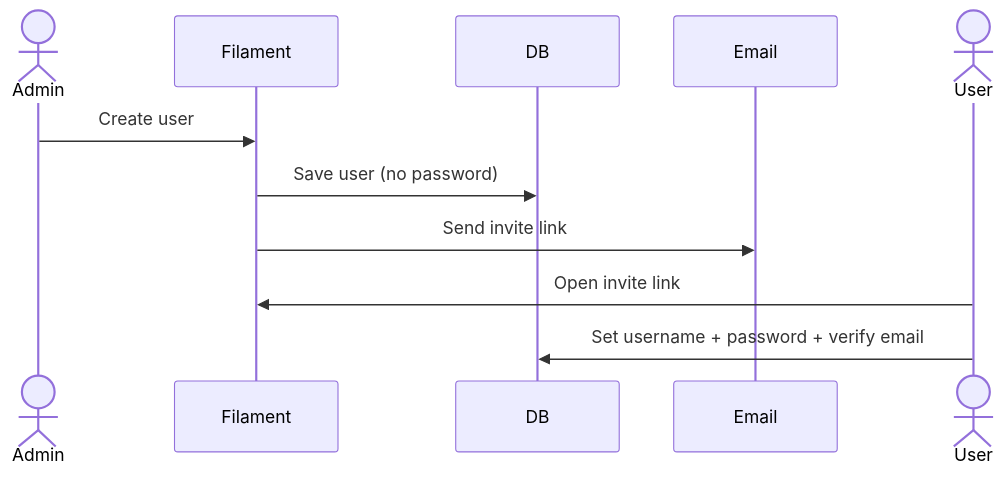
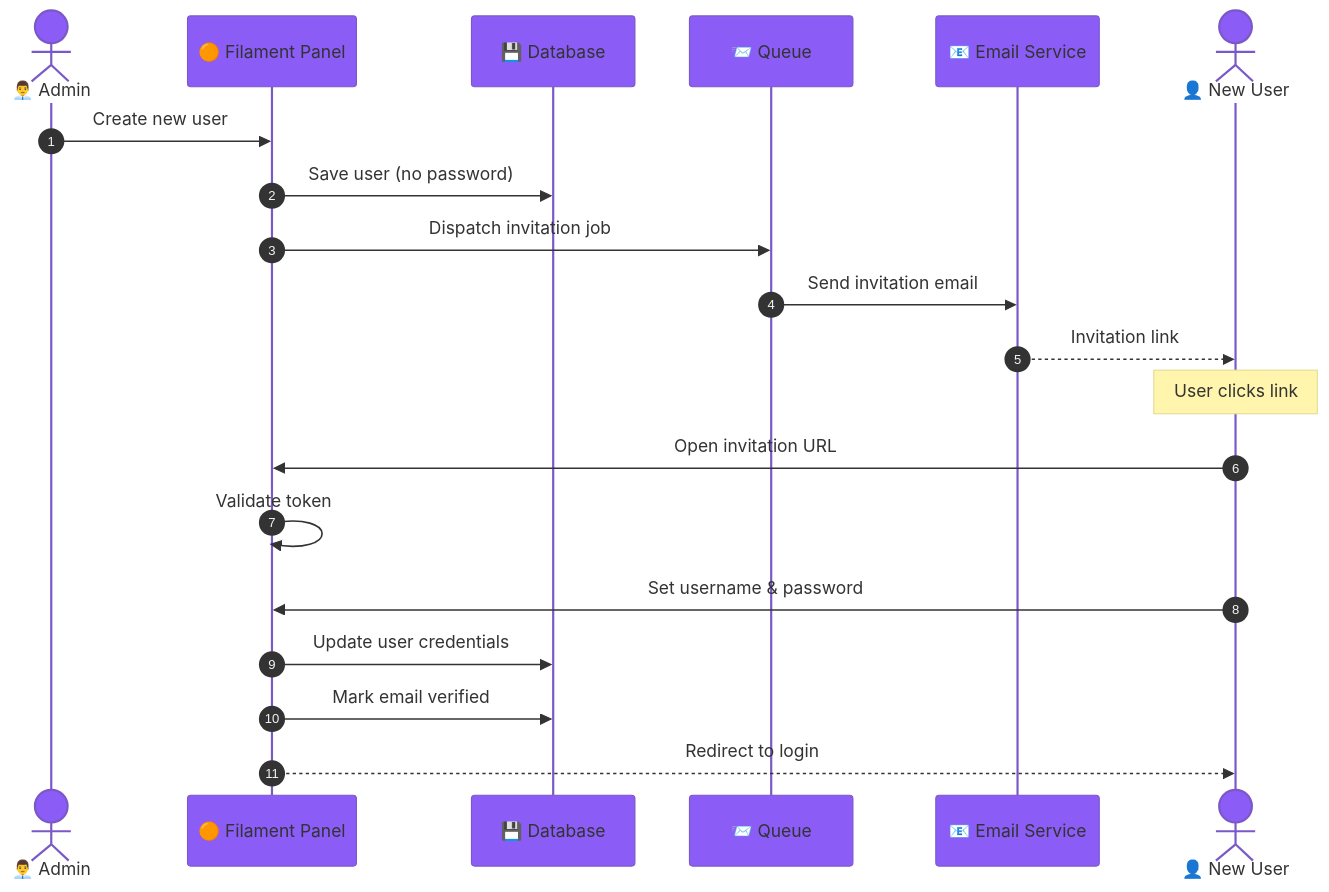
The eighth of 12 diagrams in README.md (Halfirzzha/A-Good-Start-to-the-Program), drawn with Mermaid before and after one commit. The commit also changed other lines of this file and 43 other files, not shown here.

````diff
--- a/README.md
+++ b/README.md
@@ -125,14 +429,26 @@
 ```mermaid
+%%{init: {'theme': 'base', 'themeVariables': { 'primaryColor': '#8B5CF6'}}}%%
 sequenceDiagram
-    actor Admin
-    participant Filament
-    participant DB
-    participant Email
-    actor User
+    autonumber
+    actor Admin as 👨‍💼 Admin
+    participant Panel as 🟠 Filament Panel
+    participant DB as 💾 Database
+    participant Queue as 📨 Queue
+    participant Mail as 📧 Email Service
+    actor User as 👤 New User
 
-    Admin->>Filament: Create user
-    Filament->>DB: Save user (no password)
-    Filament->>Email: Send invite link
-    User->>Filament: Open invite link
-    User->>DB: Set username + password + verify email
+    Admin->>Panel: Create new user
+    Panel->>DB: Save user (no password)
+    Panel->>Queue: Dispatch invitation job
+    Queue->>Mail: Send invitation email
+    Mail-->>User: Invitation link
+
+    Note over User: User clicks link
+
+    User->>Panel: Open invitation URL
+    Panel->>Panel: Validate token
+    User->>Panel: Set username & password
+    Panel->>DB: Update user credentials
+    Panel->>DB: Mark email verified
+    Panel-->>User: Redirect to login
 ```
````
